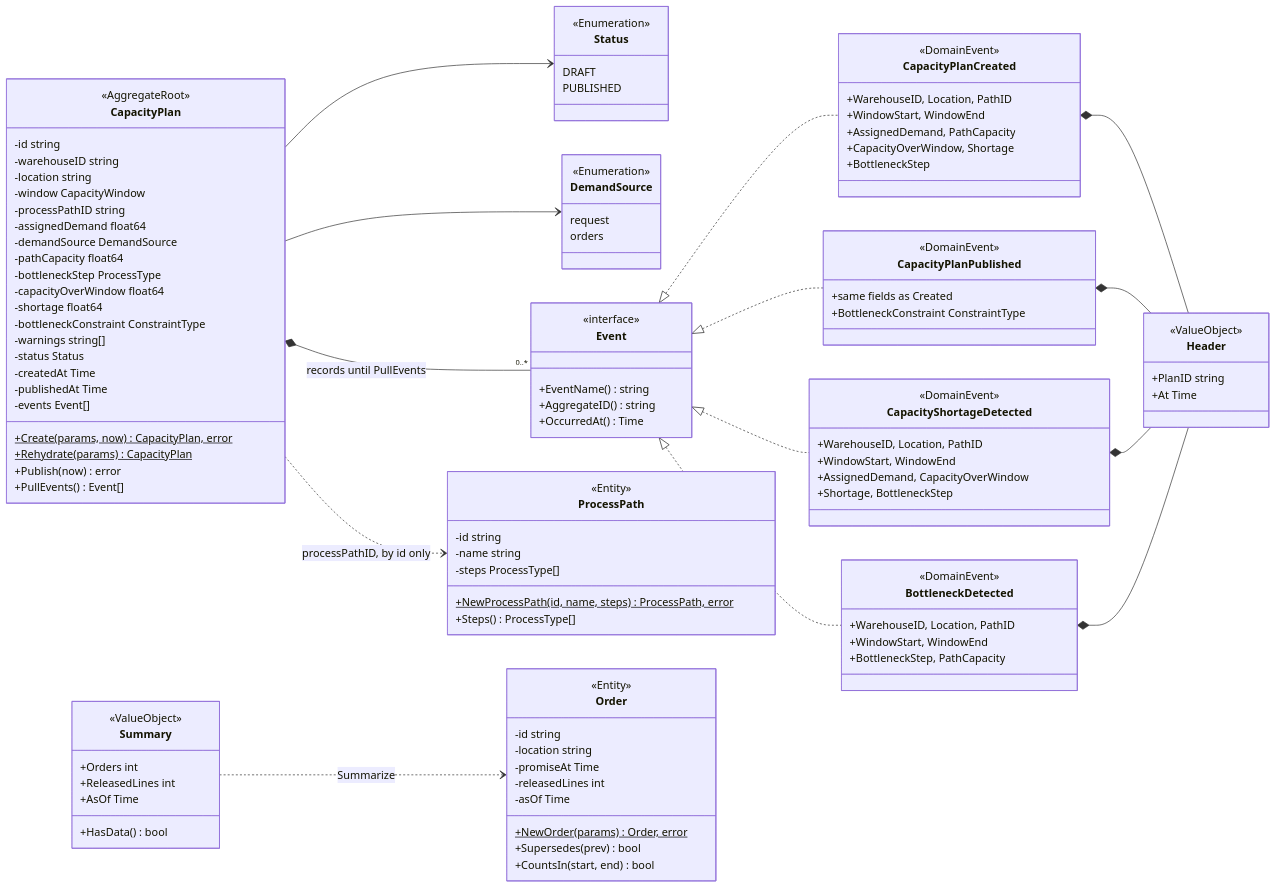
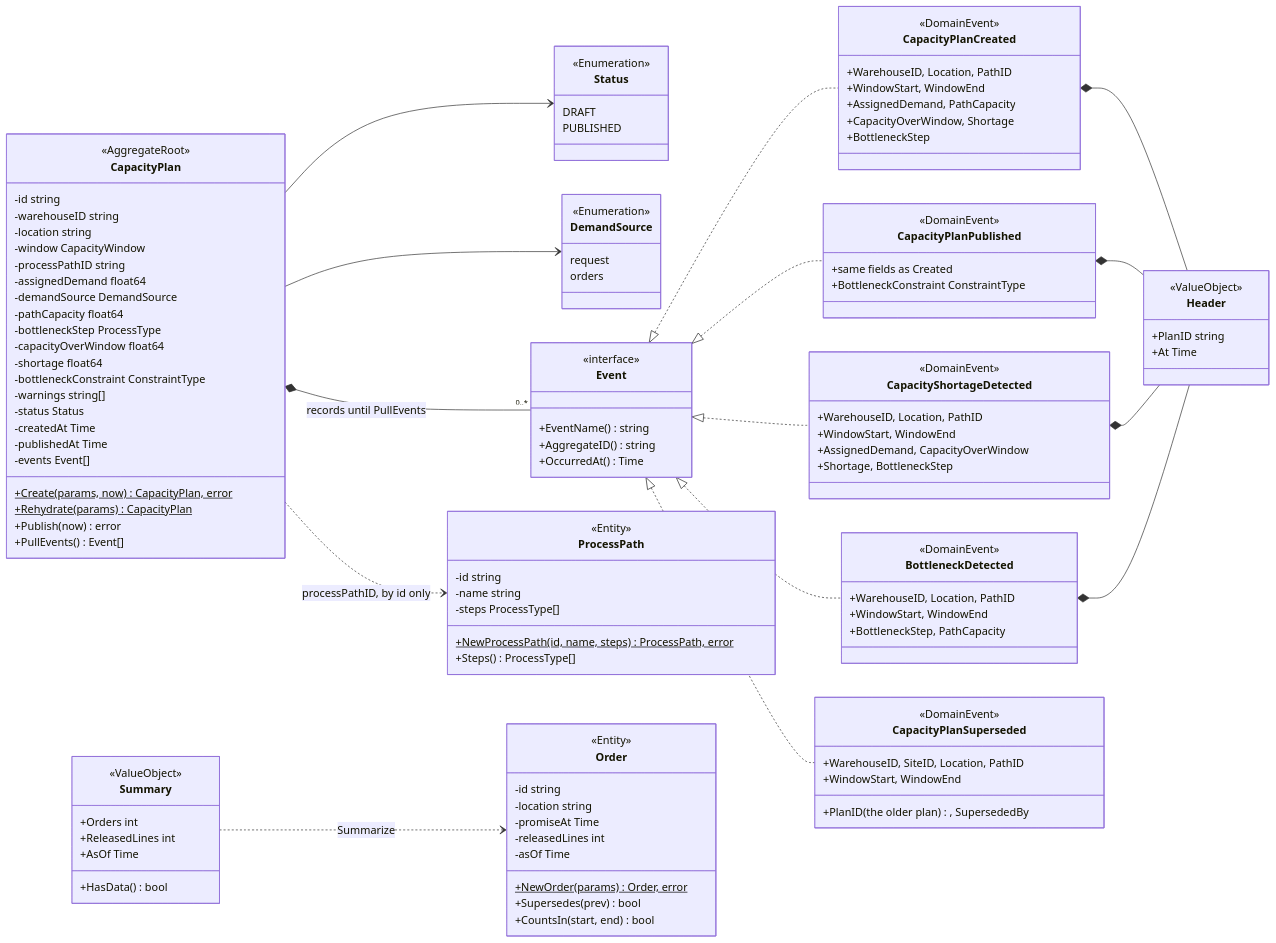
One commit to IQVO/warehouse-planning changed the second of 5 diagrams in docs/docs/ddd/class-diagram.md. Above: the diagram before and after it, drawn with Mermaid. The commit also changed 17 other files, not shown here.

```diff
--- a/docs/docs/ddd/class-diagram.md
+++ b/docs/docs/ddd/class-diagram.md
@@ -210,6 +210,12 @@
     +WindowStart, WindowEnd
     +BottleneckStep, PathCapacity
   }
+  class CapacityPlanSuperseded {
+    <<DomainEvent>>
+    +PlanID (the older plan), SupersededBy
+    +WarehouseID, SiteID, Location, PathID
+    +WindowStart, WindowEnd
+  }
   class ProcessPath {
     <<Entity>>
     -id string
@@ -245,6 +251,7 @@
   Event <|.. CapacityPlanPublished
   Event <|.. CapacityShortageDetected
   Event <|.. BottleneckDetected
+  Event <|.. CapacityPlanSuperseded
   CapacityPlanCreated *-- Header
   CapacityPlanPublished *-- Header
   CapacityShortageDetected *-- Header
```
